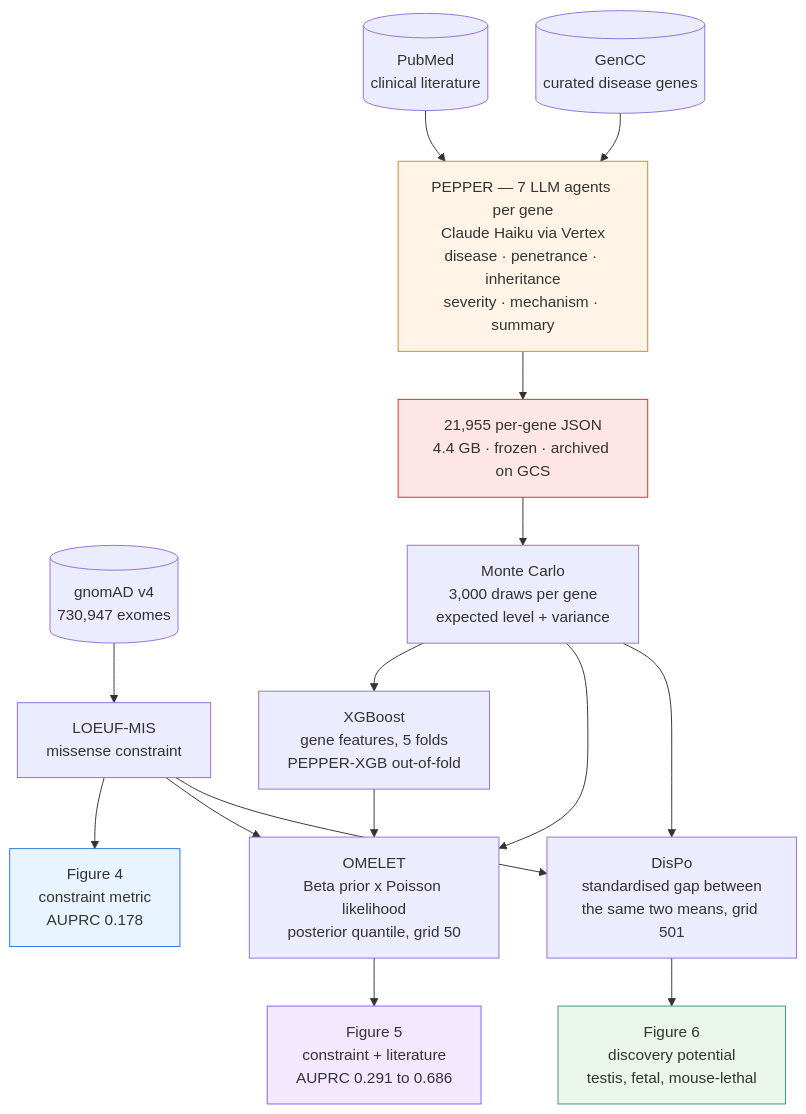
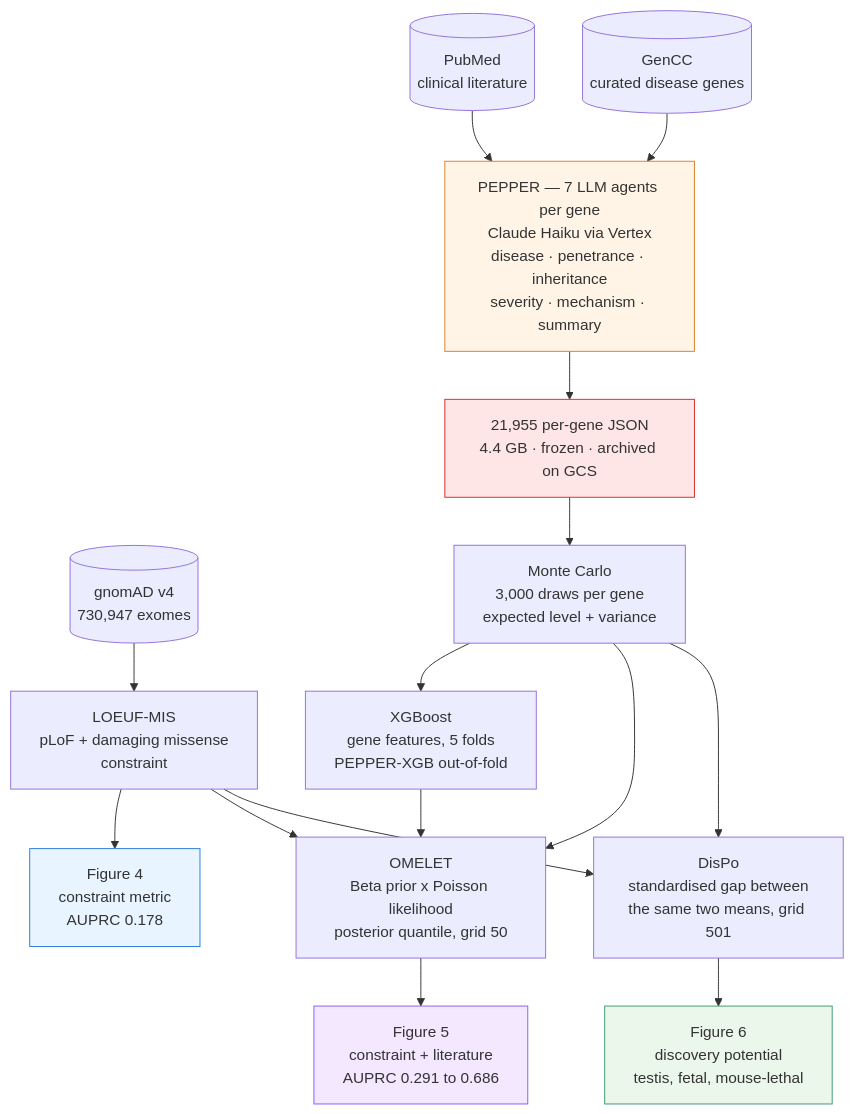
The diagram in README.md (atgu/gnomAD_v4_flagship_paper), drawn with Mermaid before and after one commit. The commit also changed other lines of this file, not shown here.

First line of the commit message:
Correct the description of LOEUF-MIS: pLoF and missense, not missense alone

````diff
--- a/README.md
+++ b/README.md
@@ -151,32 +172,32 @@
 ```mermaid
 flowchart TD
     GN[("gnomAD v4<br/>730,947 exomes")]
     LIT[("PubMed<br/>clinical literature")]
     GC[("GenCC<br/>curated disease genes")]
 
-    GN --> LM["LOEUF-MIS<br/>missense constraint"]
+    GN --> LM["LOEUF-MIS<br/>pLoF + damaging missense<br/>constraint"]
     LM --> F4["Figure 4<br/>constraint metric<br/>AUPRC 0.178"]
 
     LIT --> AG["PEPPER — 7 LLM agents per gene<br/>Claude Haiku via Vertex<br/>disease · penetrance · inheritance<br/>severity · mechanism · summary"]
     GC --> AG
     AG --> JS["21,955 per-gene JSON<br/>4.4 GB · frozen · archived on GCS"]
 
     JS --> MC["Monte Carlo<br/>3,000 draws per gene<br/>expected level + variance"]
 
     MC --> XG["XGBoost<br/>gene features, 5 folds<br/>PEPPER-XGB out-of-fold"]
 
     MC --> OM["OMELET<br/>Beta prior x Poisson likelihood<br/>posterior quantile, grid 50"]
     XG --> OM
     LM --> OM
     OM --> F5["Figure 5<br/>constraint + literature<br/>AUPRC 0.291 to 0.686"]
 
     MC --> DP["DisPo<br/>standardised gap between<br/>the same two means, grid 501"]
     LM --> DP
     DP --> F6["Figure 6<br/>discovery potential<br/>testis, fetal, mouse-lethal"]
 
     style AG fill:#fff4e6,stroke:#d9822b
     style JS fill:#ffe6e6,stroke:#d92b2b
     style F4 fill:#e8f4ff,stroke:#2b7cd9
     style F5 fill:#f3e8ff,stroke:#8b5cf6
     style F6 fill:#eaf7ea,stroke:#3d9970
 ```
````
